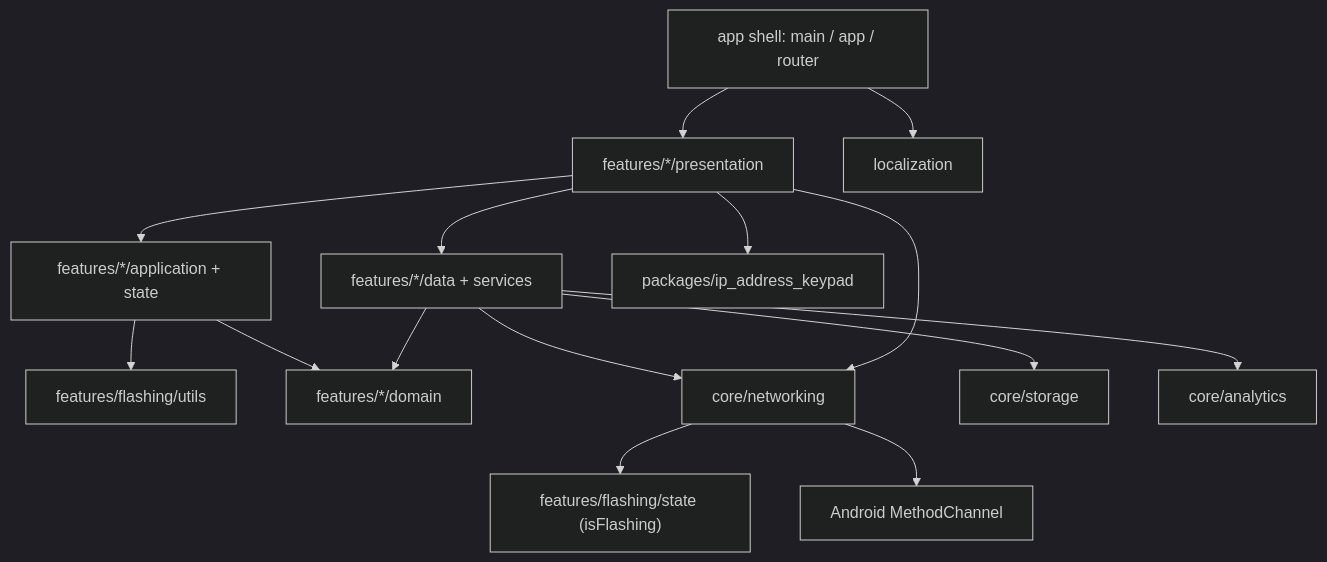
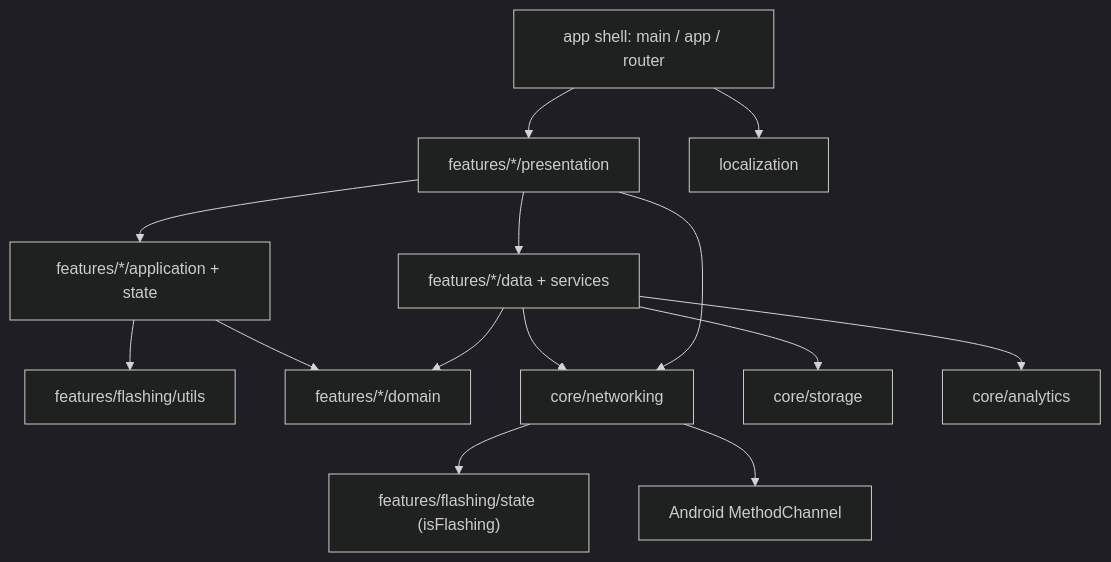
Before and after one commit to wbhinton/ELRS-Mobile: the diagram in .rp1/context/modules.md, drawn with Mermaid (dark theme). The commit also changed other lines of this file and 6 other files, not shown here.

````diff
--- a/.rp1/context/modules.md
+++ b/.rp1/context/modules.md
@@ -121,17 +126,16 @@
 ```mermaid
 graph TD
     Shell["app shell: main / app / router"] --> FeatPres["features/*/presentation"]
     FeatPres --> FeatApp["features/*/application + state"]
     FeatPres --> FeatData["features/*/data + services"]
     FeatApp --> FeatUtils["features/flashing/utils"]
     FeatApp --> FeatDomain["features/*/domain"]
     FeatData --> FeatDomain
     FeatData --> CoreNet["core/networking"]
     FeatData --> CoreStore["core/storage"]
     FeatData --> CoreAnalytics["core/analytics"]
     FeatPres --> CoreNet
     CoreNet --> FlashState["features/flashing/state (isFlashing)"]
     CoreNet --> Native["Android MethodChannel"]
     Shell --> L10n["localization"]
-    FeatPres --> Keypad["packages/ip_address_keypad"]
 ```
````
